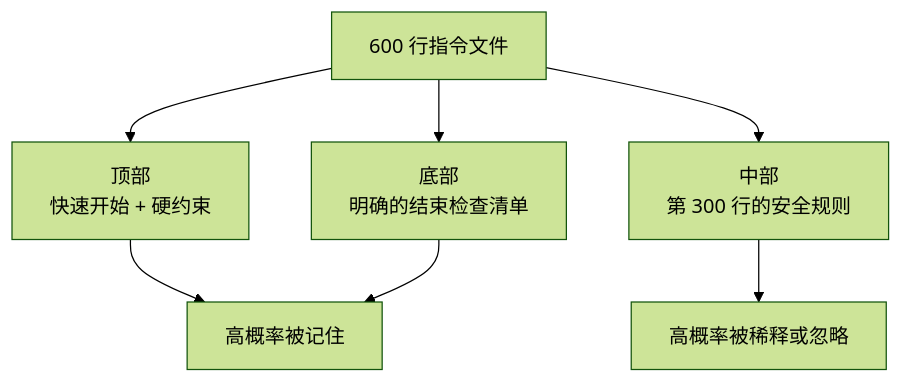
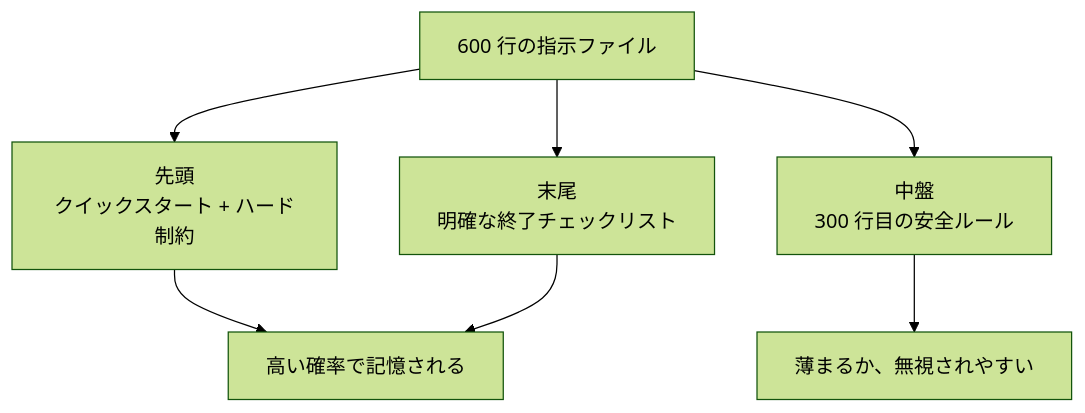
The second of 2 diagrams in docs/zh/lectures/lecture-04-why-one-giant-instruction-file-fails/index.md (mkusaka/learn-harness-engineering), drawn with Mermaid (forest theme) before and after one commit. The commit also changed other lines of this file and 571 other files, not shown here.

````diff
--- a/docs/zh/lectures/lecture-04-why-one-giant-instruction-file-fails/index.md
+++ b/docs/zh/lectures/lecture-04-why-one-giant-instruction-file-fails/index.md
@@ -48,9 +48,9 @@
 ```mermaid
 flowchart TB
-    File["600 行指令文件"] --> Top["顶部<br/>快速开始 + 硬约束"]
-    File --> Mid["中部<br/>第 300 行的安全规则"]
-    File --> Bot["底部<br/>明确的结束检查清单"]
-    Top --> Seen["高概率被记住"]
+    File["600 行の指示ファイル"] --> Top["先頭<br/>クイックスタート + ハード制約"]
+    File --> Mid["中盤<br/>300 行目の安全ルール"]
+    File --> Bot["末尾<br/>明確な終了チェックリスト"]
+    Top --> Seen["高い確率で記憶される"]
     Bot --> Seen
-    Mid --> Missed["高概率被稀释或忽略"]
+    Mid --> Missed["薄まるか、無視されやすい"]
 ```
````
